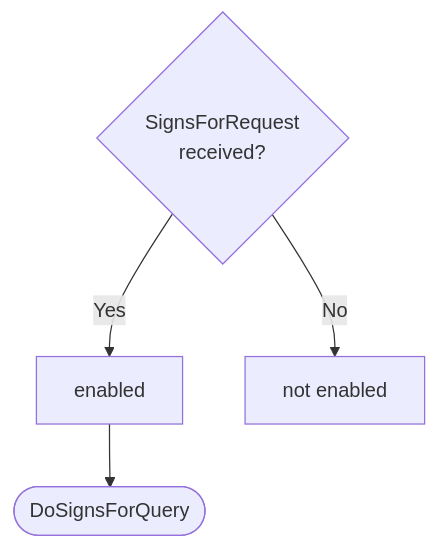
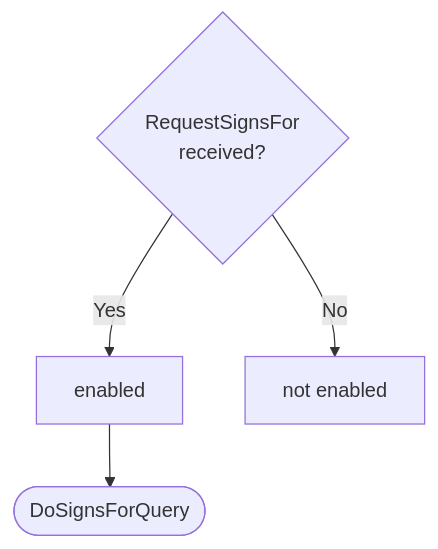
Before and after one commit to anoma/nspec: the first of 3 diagrams in docs/arch/node/engines/signs_for_behaviour.juvix.md, drawn with Mermaid. The commit also changed other lines of this file and 7 other files, not shown here.

````diff
--- a/docs/arch/node/engines/signs_for_behaviour.juvix.md
+++ b/docs/arch/node/engines/signs_for_behaviour.juvix.md
@@ -176,7 +190,7 @@
 ```mermaid
 flowchart TD
-    C{SignsForRequest<br>received?}
+    C{RequestSignsFor<br>received?}
     C -->|Yes| D[enabled]
     C -->|No| E[not enabled]
     D --> F([DoSignsForQuery])
 ```
````
